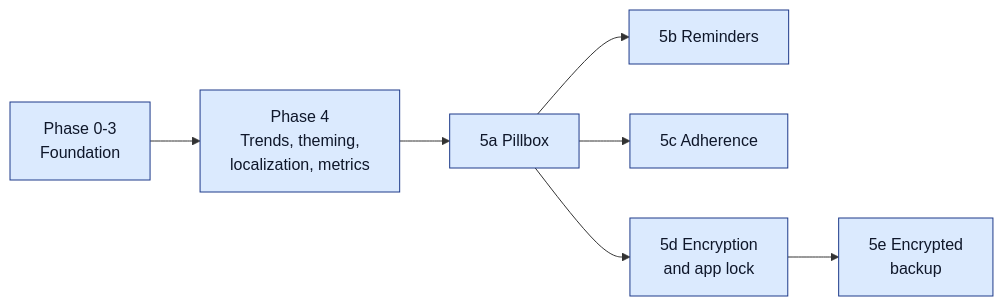
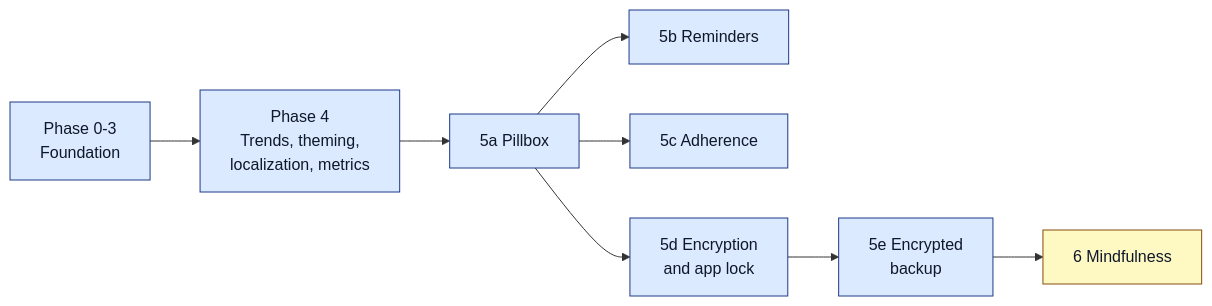
One commit to mannetje/health_journal changed the second of 2 diagrams in README.md. Above: the diagram before and after it, drawn with Mermaid. The commit also changed other lines of this file and 17 other files, not shown here.

````diff
--- a/README.md
+++ b/README.md
@@ -279,10 +281,12 @@
 ```mermaid
 flowchart LR
     P0["Phase 0-3<br/>Foundation"]:::done --> P4["Phase 4<br/>Trends, theming,<br/>localization, metrics"]:::done
     P4 --> P5A["5a Pillbox"]:::done
     P5A --> P5B["5b Reminders"]:::done
     P5A --> P5C["5c Adherence"]:::done
     P5A --> P5D["5d Encryption<br/>and app lock"]:::done
     P5D --> P5E["5e Encrypted<br/>backup"]:::done
+    P5E --> P6["6 Mindfulness"]:::wip
     classDef done fill:#dbeafe,stroke:#1e3a8a,color:#0f172a
+    classDef wip fill:#fef9c3,stroke:#854d0e,color:#0f172a
 ```
````
